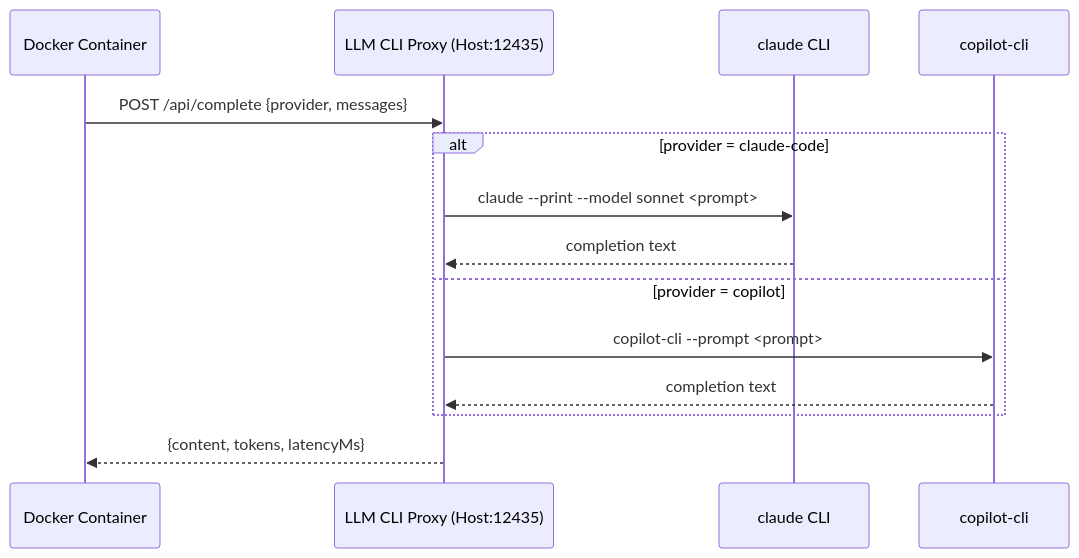
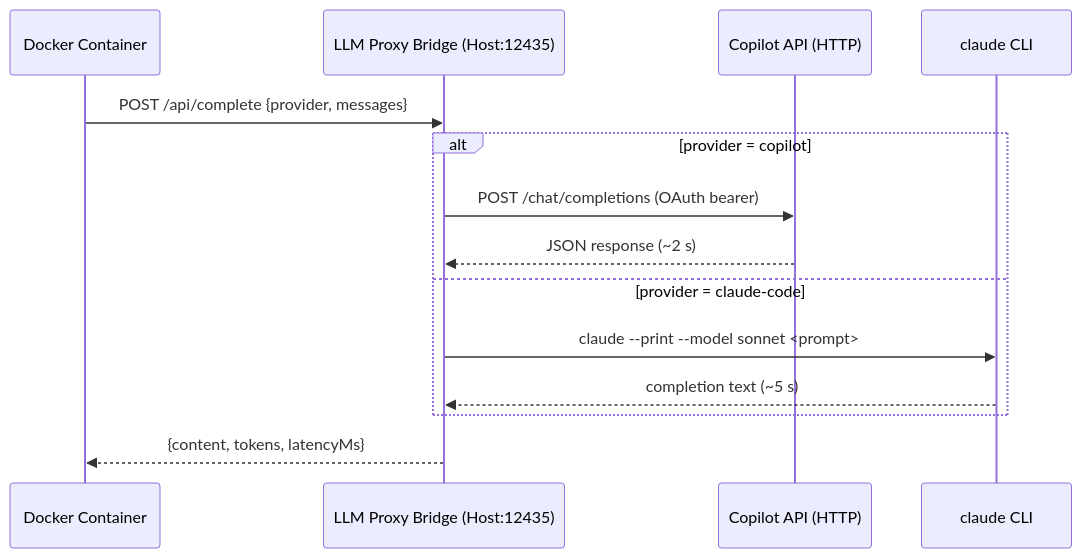
One commit to fwornle/coding changed the diagram in docs-content/integrations/llm-cli-proxy.md. Above: the diagram before and after it, drawn with Mermaid. The commit also changed other lines of this file and 5 other files, not shown here.

First line of the commit message:
docs: update MkDocs to reference @rapid/llm-proxy as external dependency

````diff
--- a/docs-content/integrations/llm-cli-proxy.md
+++ b/docs-content/integrations/llm-cli-proxy.md
@@ -17,17 +22,17 @@
 ```mermaid
 sequenceDiagram
     participant D as Docker Container
-    participant P as LLM CLI Proxy (Host:12435)
+    participant P as LLM Proxy Bridge (Host:12435)
+    participant API as Copilot API (HTTP)
     participant C as claude CLI
-    participant CP as copilot-cli
 
     D->>P: POST /api/complete {provider, messages}
-    alt provider = claude-code
+    alt provider = copilot
+        P->>API: POST /chat/completions (OAuth bearer)
+        API-->>P: JSON response (~2 s)
+    else provider = claude-code
         P->>C: claude --print --model sonnet <prompt>
-        C-->>P: completion text
-    else provider = copilot
-        P->>CP: copilot-cli --prompt <prompt>
-        CP-->>P: completion text
+        C-->>P: completion text (~5 s)
     end
     P-->>D: {content, tokens, latencyMs}
 ```
````
